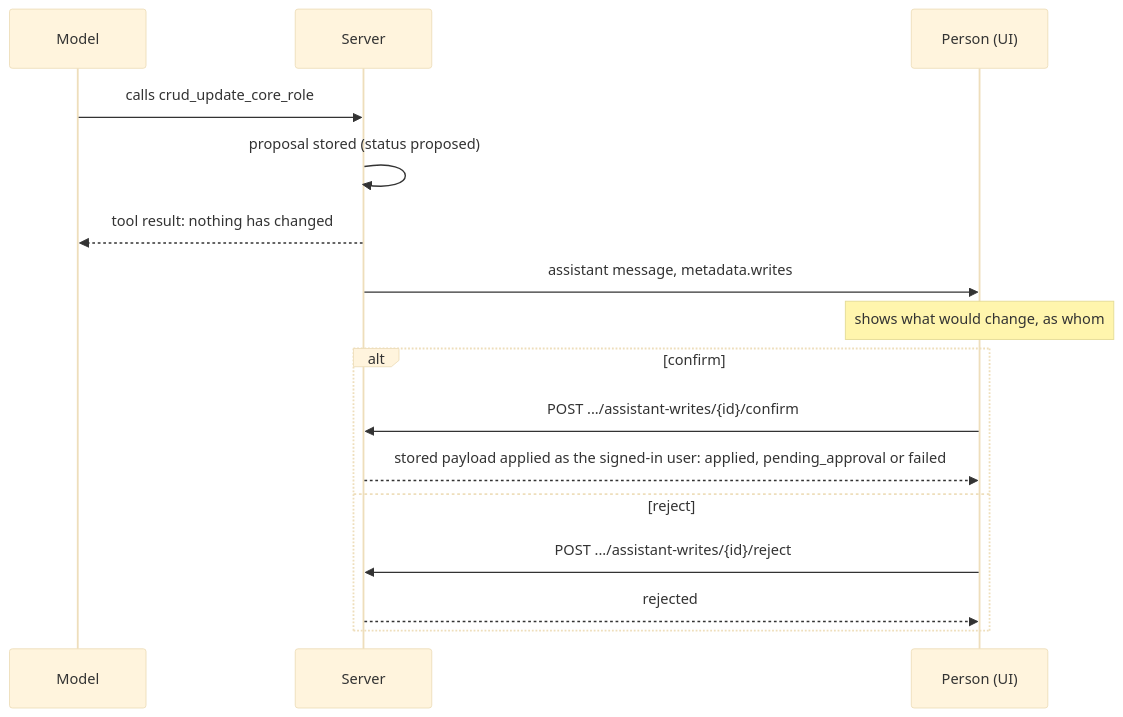
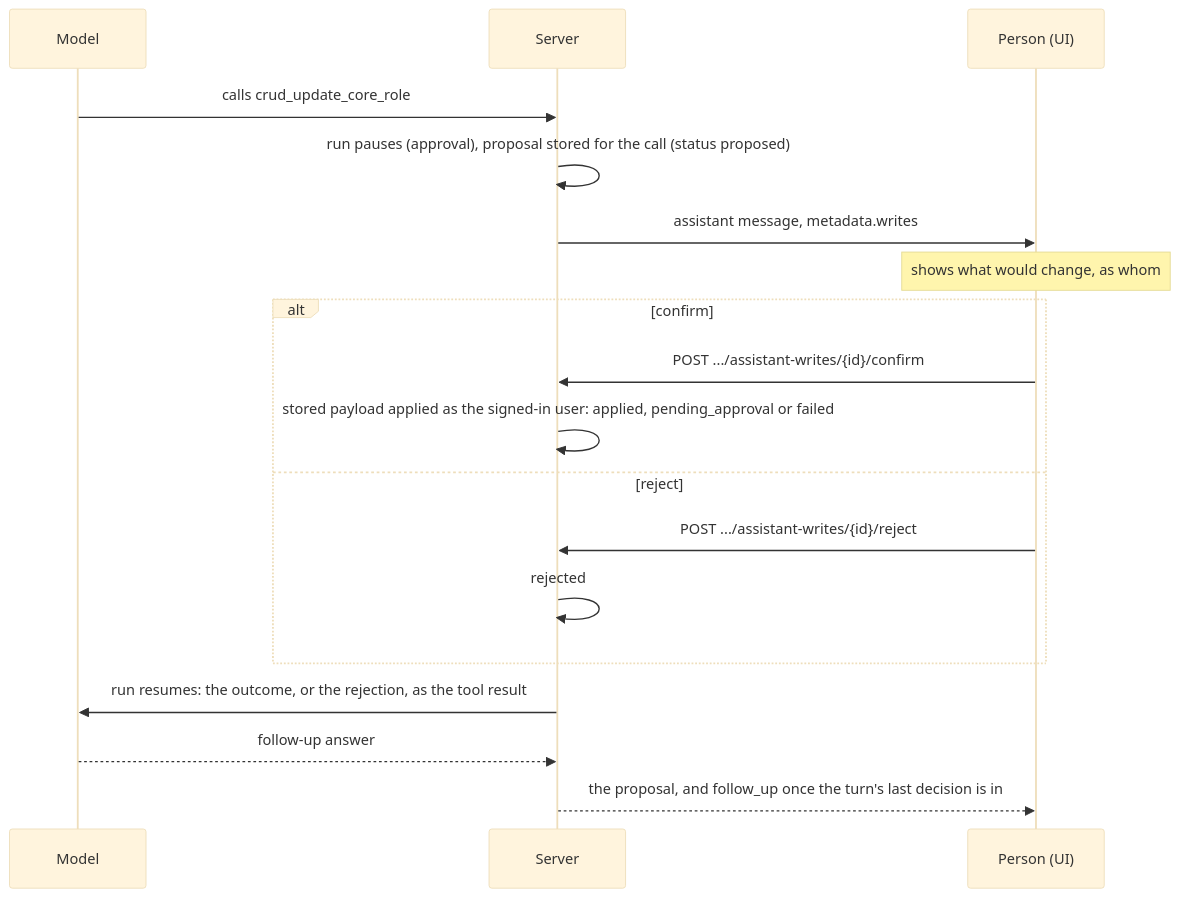
The third of 7 diagrams in docs/ARCHITECTURE.md (getlaraplate/laraai), drawn with Mermaid (base theme) before and after one commit. The commit also changed other lines of this file and 46 other files, not shown here.

First line of the commit message:
feat(ai): assistant turns on Neuron workflows: cached instructions, shared RAG pipeline, durable runs with native write approval, tool search, documentation search tool, live evaluation

````diff
--- a/docs/ARCHITECTURE.md
+++ b/docs/ARCHITECTURE.md
@@ -83,18 +106,20 @@
 ```mermaid
 sequenceDiagram
     participant M as Model
     participant S as Server
     participant P as Person (UI)
     M->>S: calls crud_update_core_role
-    S->>S: proposal stored (status proposed)
-    S-->>M: tool result: nothing has changed
+    S->>S: run pauses (approval), proposal stored for the call (status proposed)
     S->>P: assistant message, metadata.writes
     Note over P: shows what would change, as whom
     alt confirm
         P->>S: POST .../assistant-writes/{id}/confirm
-        S-->>P: stored payload applied as the signed-in user: applied, pending_approval or failed
+        S->>S: stored payload applied as the signed-in user: applied, pending_approval or failed
     else reject
         P->>S: POST .../assistant-writes/{id}/reject
-        S-->>P: rejected
+        S->>S: rejected
     end
+    S->>M: run resumes: the outcome, or the rejection, as the tool result
+    M-->>S: follow-up answer
+    S-->>P: the proposal, and follow_up once the turn's last decision is in
 ```
````
